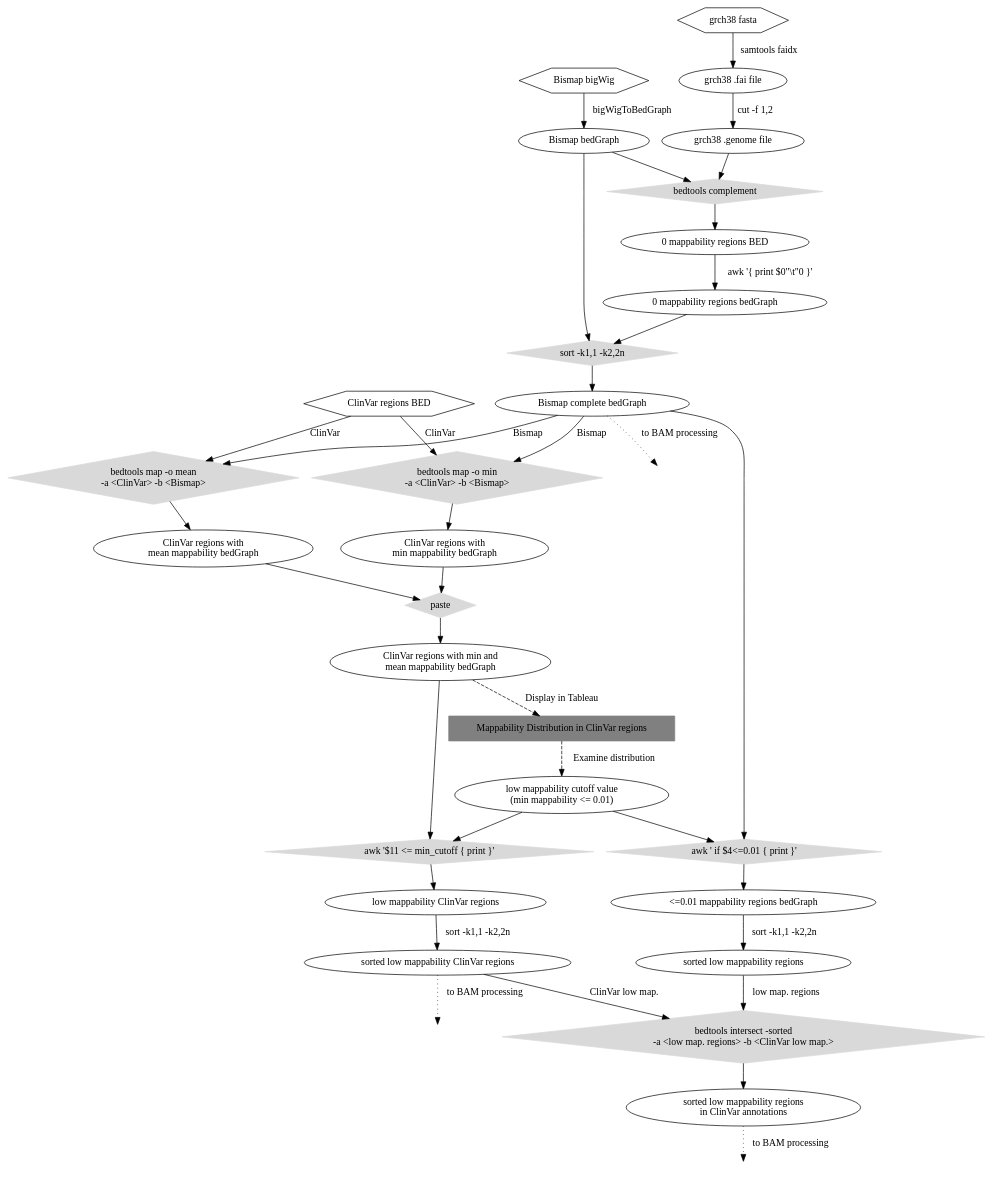
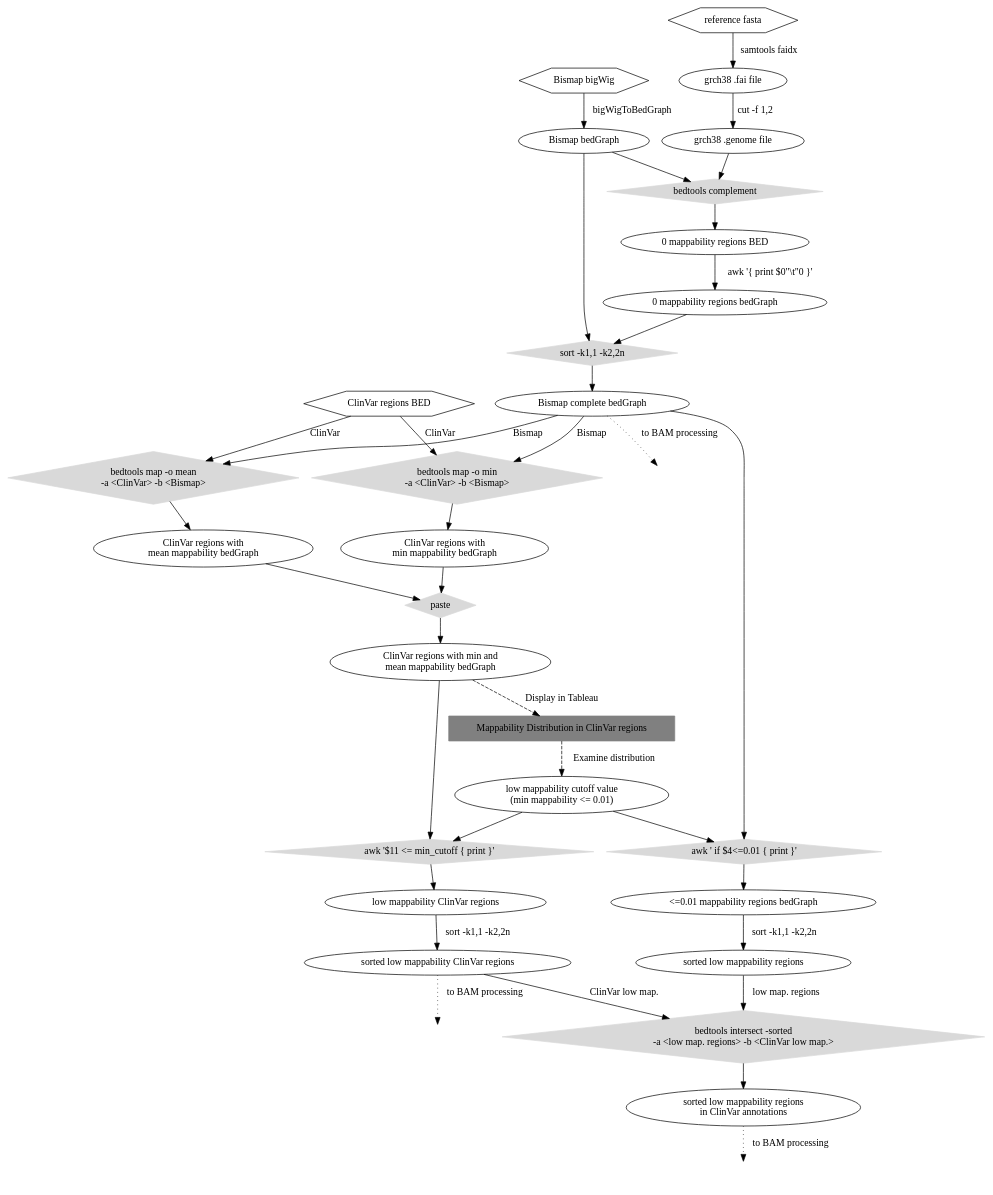
Before and after one commit to nebiolabs/low_bismap_methyl_calls: the diagram in methylation workflow preproc.dot, drawn with Graphviz.

Commit message:
Removed "grch38" mention from DAG.

```diff
--- a/methylation workflow preproc.dot
+++ b/methylation workflow preproc.dot
@@ -1,98 +1,98 @@
 digraph workflow {
 
 
 	"ClinVar regions BED" [shape=hexagon];
 
-	"grch38 fasta 2" [shape=hexagon, label="grch38 fasta"];
+	"grch38 fasta 2" [shape=hexagon, label="reference fasta"];
 
 	"Bismap bedGraph" -> "sort -k1,1 -k2,2n_again";
 
 	"sort -k1,1 -k2,2n_again" -> "Bismap complete bedGraph"
 
 	"Bismap complete bedGraph";
 
 	"Bismap complete bedGraph" -> "BAM_PROC_1" [label="to BAM processing", style=dotted];
 
 	"BAM_PROC_1" [style=invis];
 
 	"sort -k1,1 -k2,2n_again" [shape=diamond,  color=gray85, style=filled, label="sort -k1,1 -k2,2n"];
 
 	"0 mappability regions bedGraph" -> "sort -k1,1 -k2,2n_again";
 
 	"Bismap bigWig" [shape=hexagon]; 
 	"Bismap bigWig" -> "Bismap bedGraph" [label="bigWigToBedGraph"];
 
 	"bedtools map -o min" [shape=diamond,  color=gray85, style=filled, label="bedtools map -o min \n-a <ClinVar> -b <Bismap>"];
 	"ClinVar regions BED" -> "bedtools map -o min" [label="ClinVar"];
 	"Bismap complete bedGraph" -> "bedtools map -o min" [label="Bismap"];
 
 	"bedtools map -o mean" [shape=diamond,  color=gray85, style=filled, label="bedtools map -o mean \n-a <ClinVar> -b <Bismap>"];
 	"ClinVar regions BED" -> "bedtools map -o mean" [label="ClinVar"];
 	"Bismap complete bedGraph" -> "bedtools map -o mean" [label="Bismap"];
 
 	"bedtools map -o min" -> "ClinVar regions with\n min mappability bedGraph";
 	"bedtools map -o mean" -> "ClinVar regions with\n mean mappability bedGraph";
 
 	"ClinVar regions with\n min mappability bedGraph" -> "paste";
 	"paste" -> "ClinVar regions with min and\n mean mappability bedGraph";
 	"ClinVar regions with\n mean mappability bedGraph" -> "paste";
 	"paste" [shape=diamond,  color=gray85, style=filled];
 
 	"ClinVar regions with min and\n mean mappability bedGraph" -> "Mappability Distribution in ClinVar regions" [style=dashed, label="Display in Tableau"];
 	"Mappability Distribution in ClinVar regions" [shape=box, color=gray, style=filled];
 	"Examine Data" [color=gray, style=invis];
 	"Mappability Distribution in ClinVar regions" -> "low mappability cutoff value\n(min mappability <= 0.01)" [style=dashed, label="Examine distribution"];
 
 	"awk '$11 <= min_cutoff { print }'" [shape=diamond,  color=gray85, style=filled];
 	"low mappability cutoff value\n(min mappability <= 0.01)" -> "awk '$11 <= min_cutoff { print }'";
 	"awk '$11 <= min_cutoff { print }'" -> "low mappability ClinVar regions";
 	"ClinVar regions with min and\n mean mappability bedGraph" -> "awk '$11 <= min_cutoff { print }'";
 
 	"low mappability ClinVar regions" -> "sorted low mappability ClinVar regions" [label="sort -k1,1 -k2,2n"];
 
 	"sorted low mappability ClinVar regions";
 
 	"sorted low mappability ClinVar regions" -> "BAM_PROC_2" [label="to BAM processing", style=dotted];
 
 	"BAM_PROC_2" [style=invis];
 
 	"bedtools complement" [shape=diamond,  color=gray85, style=filled];
 	
 	"Bismap bedGraph" -> "bedtools complement";
 
 	"bedtools complement" -> "0 mappability regions BED";
 
 	"grch38 fasta 2" -> "grch38 .fai file" [label="samtools faidx"];
 
 	"grch38 .fai file" -> "grch38 .genome file" [label="cut -f 1,2"];
 
 	"grch38 .genome file" -> "bedtools complement";
 
 	"awk_again" [shape=diamond,  color=gray85, style=filled, label="awk ' if $4<=0.01 { print }'"];
 
 	"Bismap complete bedGraph" -> "awk_again";
 
 	"low mappability cutoff value\n(min mappability <= 0.01)" -> "awk_again";
 
 	"awk_again" -> "<=0.01 mappability regions bedGraph";
 
 	"0 mappability regions BED" -> "0 mappability regions bedGraph" [label="awk '{ print $0\"\\t\"0 }'"];
 
 	"<=0.01 mappability regions bedGraph" -> "sorted low mappability regions" [label="sort -k1,1 -k2,2n"];
 
 	"bedtools intersect -u_0" [label="bedtools intersect -sorted \n-a <low map. regions> -b <ClinVar low map.>", shape=diamond,  color=gray85, style=filled];
 
 	"sorted low mappability regions" -> "bedtools intersect -u_0" [label="low map. regions"];
 
 	"bedtools intersect -u_0" -> "sorted low mappability regions\nin ClinVar annotations";
 
 	"sorted low mappability regions\nin ClinVar annotations";
 
 	"sorted low mappability regions\nin ClinVar annotations" -> "BAM_PROC_3" [label="to BAM processing", style=dotted];
 
 	"BAM_PROC_3" [style=invis];
 
 	"sorted low mappability ClinVar regions" -> "bedtools intersect -u_0" [label="ClinVar low map."];
 
 	
  }
```
